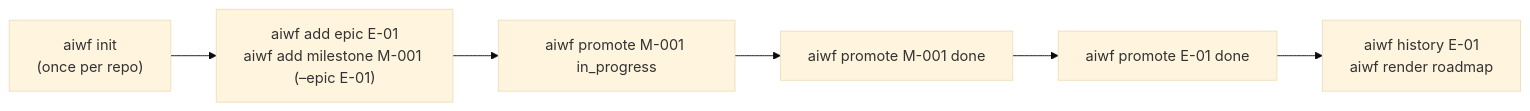
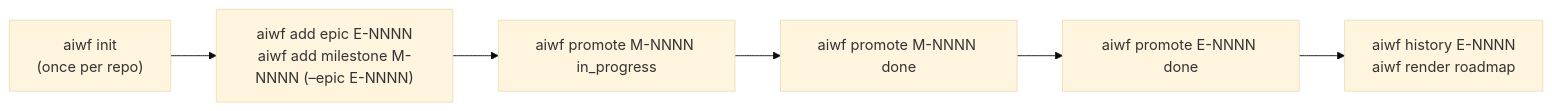
Before and after one commit to 23min/aiwf: the first of 2 diagrams in docs/workflows.md, drawn with Mermaid (base theme). The commit also changed other lines of this file and 3 other files, not shown here.

````diff
--- a/docs/workflows.md
+++ b/docs/workflows.md
@@ -19,11 +19,11 @@
 ```mermaid
 flowchart LR
     Setup["aiwf init<br/>(once per repo)"]
-    Plan["aiwf add epic E-01<br/>aiwf add milestone M-001 (–epic E-01)"]
-    Begin["aiwf promote M-001 in_progress"]
-    Wrap1["aiwf promote M-001 done"]
-    WrapEpic["aiwf promote E-01 done"]
-    Inspect["aiwf history E-01<br/>aiwf render roadmap"]
+    Plan["aiwf add epic E-NNNN<br/>aiwf add milestone M-NNNN (–epic E-NNNN)"]
+    Begin["aiwf promote M-NNNN in_progress"]
+    Wrap1["aiwf promote M-NNNN done"]
+    WrapEpic["aiwf promote E-NNNN done"]
+    Inspect["aiwf history E-NNNN<br/>aiwf render roadmap"]
 
     Setup --> Plan --> Begin --> Wrap1 --> WrapEpic --> Inspect
 ```
````
